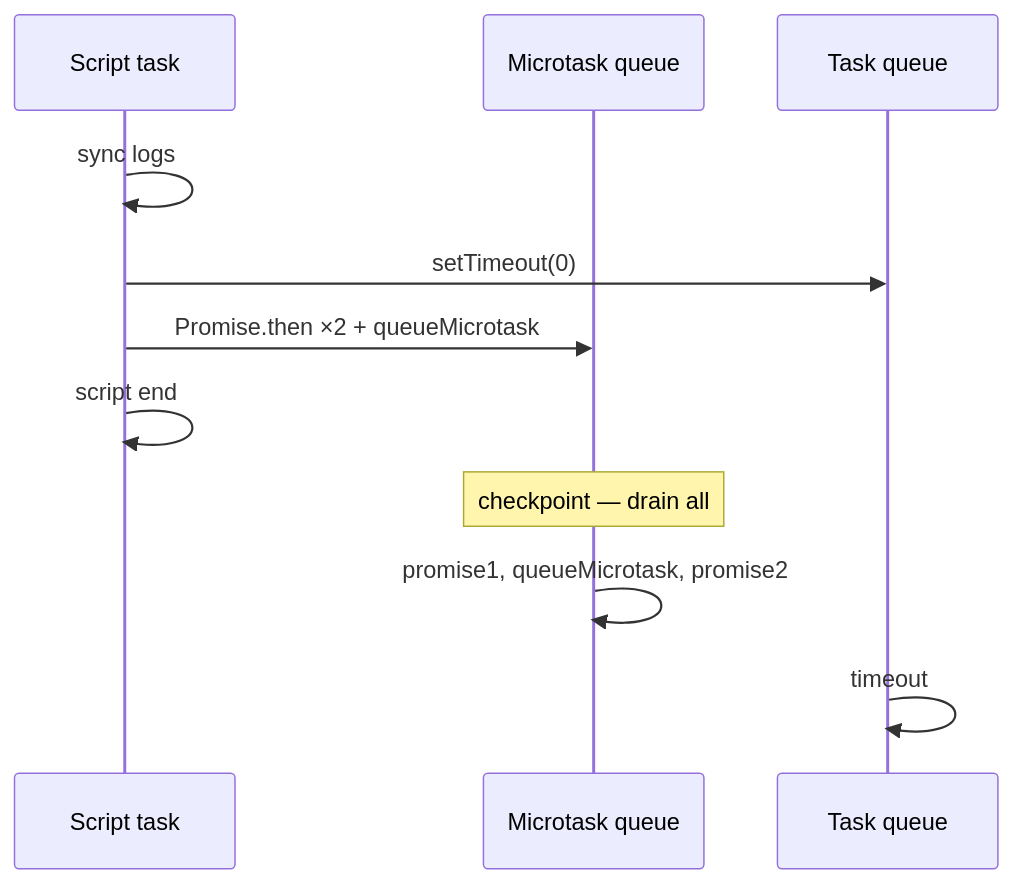
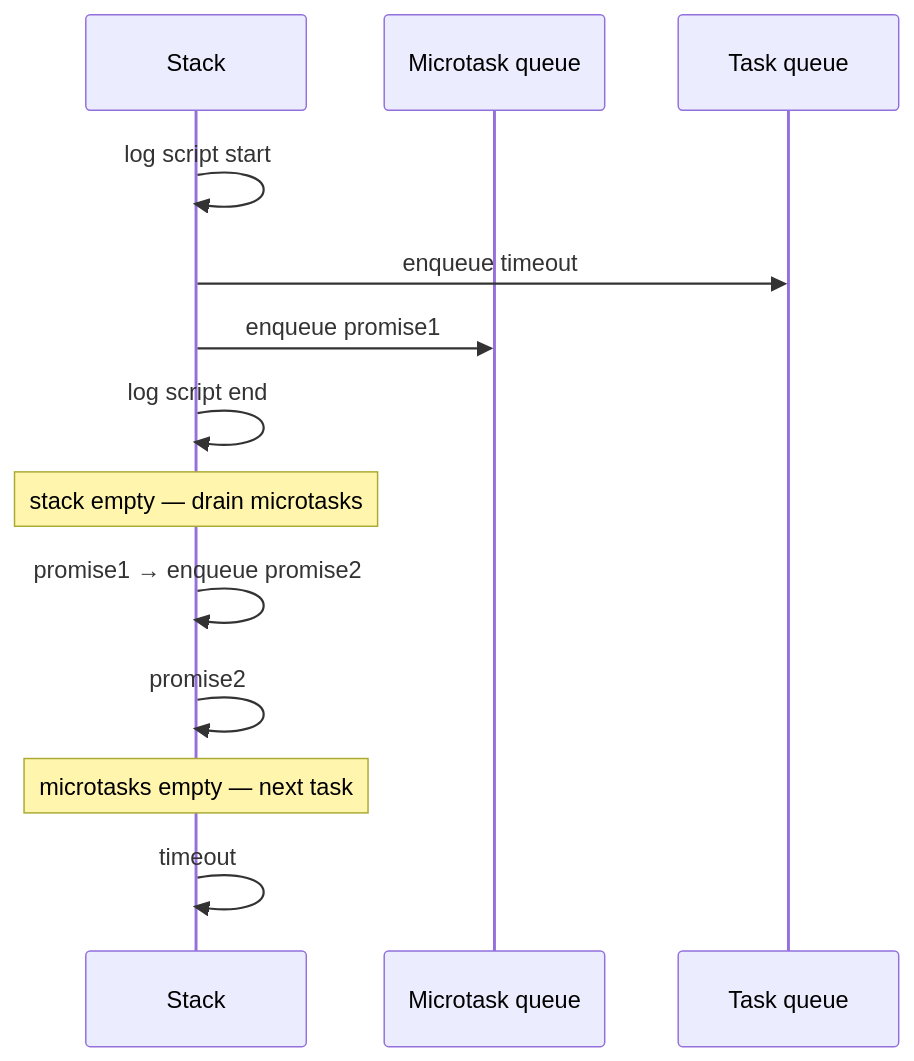
One commit to prajjwaljogdand/FullstackPreparation changed the fifth of 13 diagrams in docs/javascript/10-event-loop.md. Above: the diagram before and after it, drawn with Mermaid. The commit also changed other lines of this file and 91 other files, not shown here.

````diff
--- a/docs/javascript/10-event-loop.md
+++ b/docs/javascript/10-event-loop.md
@@ -101,13 +273,15 @@
 ```mermaid
 sequenceDiagram
-  participant S as Script task
-  participant MQ as Microtask queue
-  participant TQ as Task queue
-  S->>S: sync logs
-  S->>TQ: setTimeout(0)
-  S->>MQ: Promise.then ×2 + queueMicrotask
-  S->>S: script end
-  Note over MQ: checkpoint — drain all
-  MQ->>MQ: promise1, queueMicrotask, promise2
-  TQ->>TQ: timeout
+  participant Stack
+  participant Micro as Microtask queue
+  participant Macro as Task queue
+  Stack->>Stack: log script start
+  Stack->>Macro: enqueue timeout
+  Stack->>Micro: enqueue promise1
+  Stack->>Stack: log script end
+  Note over Stack: stack empty — drain microtasks
+  Stack->>Stack: promise1 → enqueue promise2
+  Stack->>Stack: promise2
+  Note over Stack: microtasks empty — next task
+  Stack->>Stack: timeout
 ```
````
